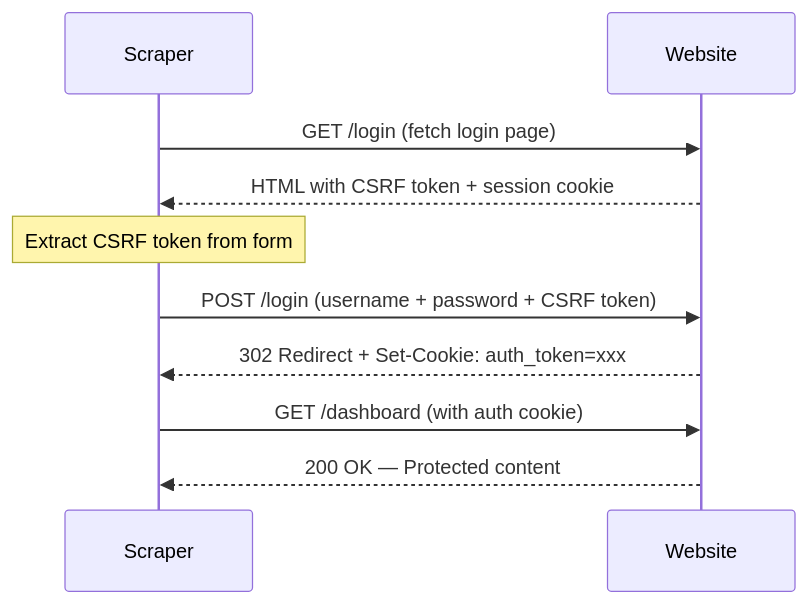
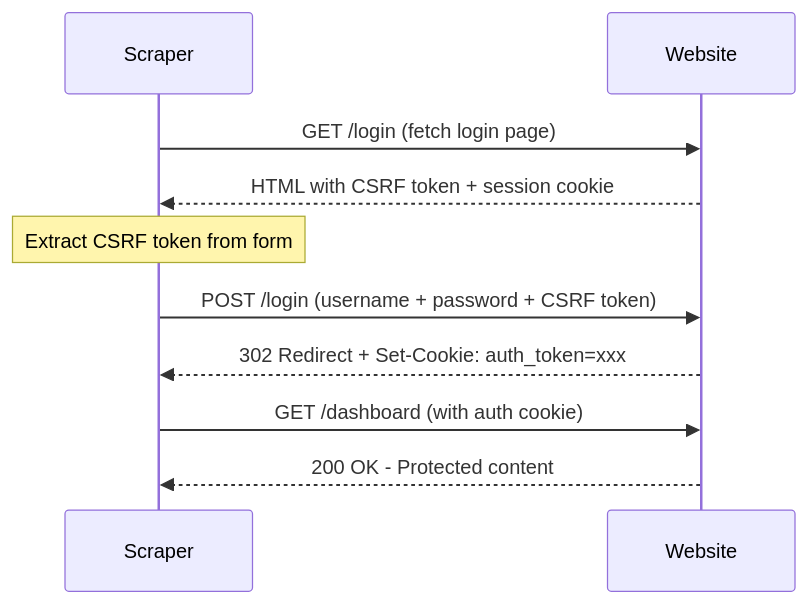
Before and after one commit to Sachinchaurasiya360/Article: the second of 3 diagrams in Web-Scraping/web-scraping-deep-dive-part-1.md, drawn with Mermaid. The commit also changed other lines of this file and 81 other files, not shown here.

````diff
--- a/Web-Scraping/web-scraping-deep-dive-part-1.md
+++ b/Web-Scraping/web-scraping-deep-dive-part-1.md
@@ -553,13 +553,13 @@
 ```mermaid
 sequenceDiagram
     participant S as Scraper
     participant W as Website
 
     S->>W: GET /login (fetch login page)
     W-->>S: HTML with CSRF token + session cookie
     Note over S: Extract CSRF token from form
     S->>W: POST /login (username + password + CSRF token)
     W-->>S: 302 Redirect + Set-Cookie: auth_token=xxx
     S->>W: GET /dashboard (with auth cookie)
-    W-->>S: 200 OK — Protected content
+    W-->>S: 200 OK - Protected content
 ```
````
